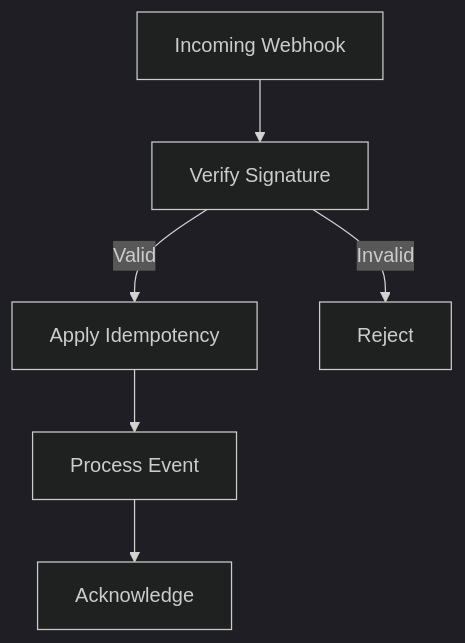
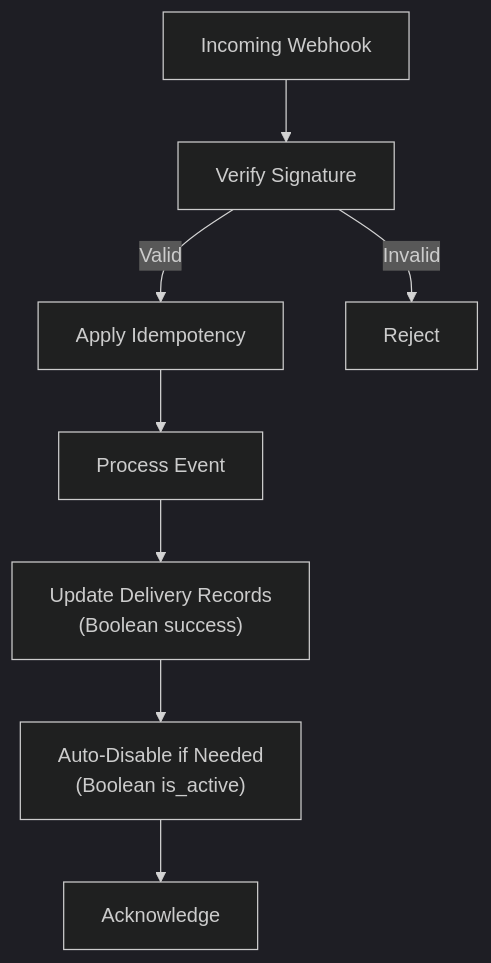
The eighth of 10 diagrams in .qoder/repowiki/en/content/Advanced Topics/Integration Patterns/Webhook Systems.md (Revanththetalogics/aireume), drawn with Mermaid (dark theme) before and after one commit. The commit also changed other lines of this file and 4 other files, not shown here.

````diff
--- a/.qoder/repowiki/en/content/Advanced Topics/Integration Patterns/Webhook Systems.md
+++ b/.qoder/repowiki/en/content/Advanced Topics/Integration Patterns/Webhook Systems.md
@@ -266,8 +372,10 @@
 ```mermaid
 flowchart TD
 A["Incoming Webhook"] --> B["Verify Signature"]
 B --> |Valid| C["Apply Idempotency"]
 B --> |Invalid| D["Reject"]
 C --> E["Process Event"]
-E --> F["Acknowledge"]
+E --> F["Update Delivery Records<br/>(Boolean success)"]
+F --> G["Auto-Disable if Needed<br/>(Boolean is_active)"]
+G --> H["Acknowledge"]
 ```
````
